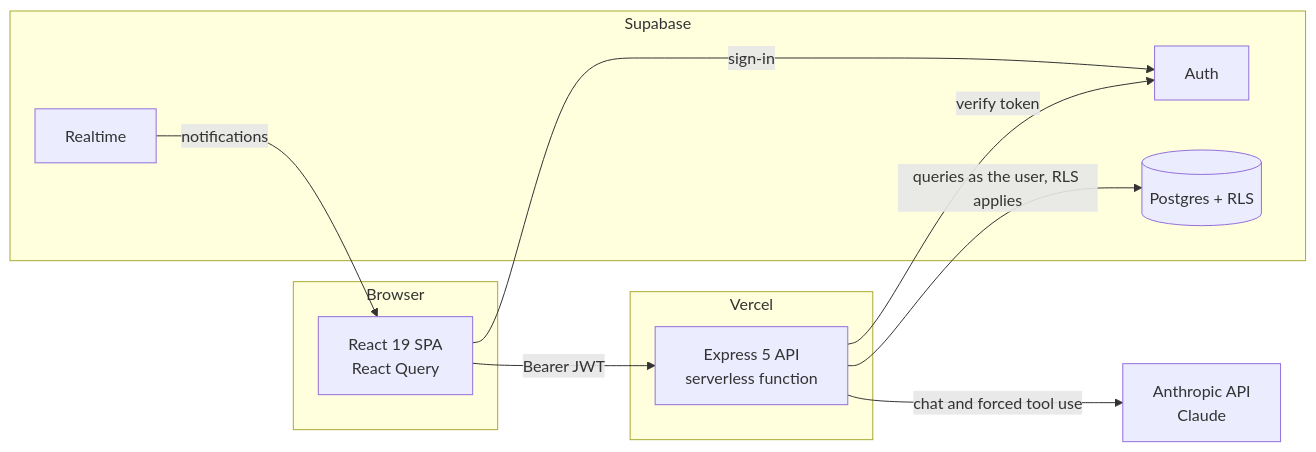
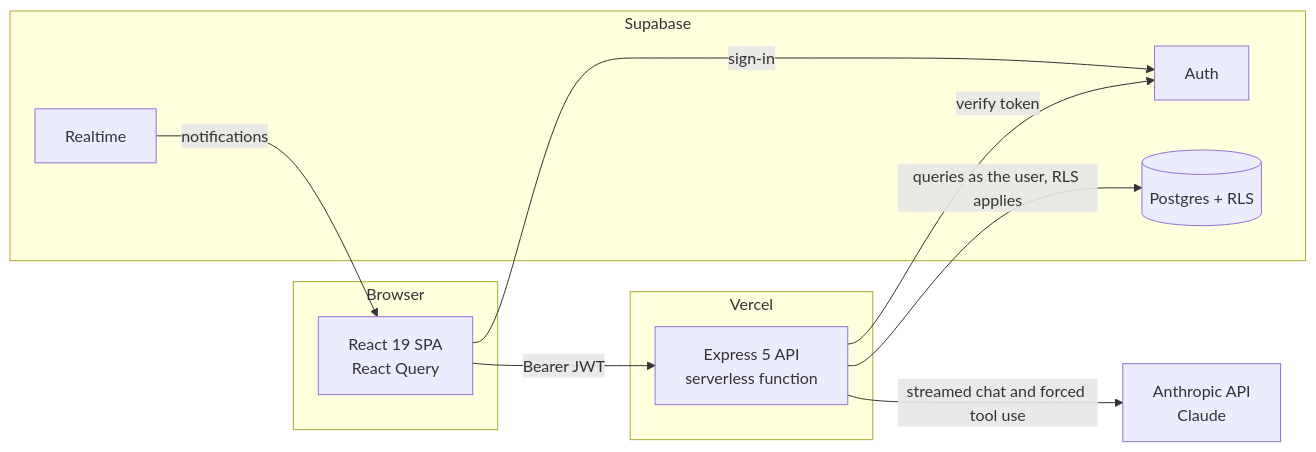
The diagram in README.md (Ohm-Kel/trackit), drawn with Mermaid before and after one commit. The commit also changed other lines of this file and 9 other files, not shown here.

````diff
--- a/README.md
+++ b/README.md
@@ -36,22 +36,22 @@
 ```mermaid
 flowchart LR
     subgraph Browser
         UI[React 19 SPA<br/>React Query]
     end
     subgraph Vercel
         API[Express 5 API<br/>serverless function]
     end
     subgraph Supabase
         AUTH[Auth]
         DB[(Postgres + RLS)]
         RT[Realtime]
     end
     CLAUDE[Anthropic API<br/>Claude]
 
     UI -- Bearer JWT --> API
     UI -- sign-in --> AUTH
     RT -- notifications --> UI
     API -- verify token --> AUTH
     API -- queries as the user, RLS applies --> DB
-    API -- chat and forced tool use --> CLAUDE
+    API -- streamed chat and forced tool use --> CLAUDE
 ```
````
